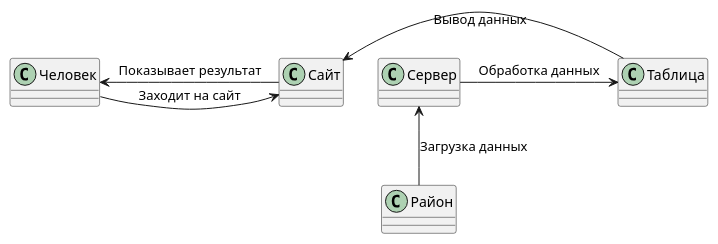
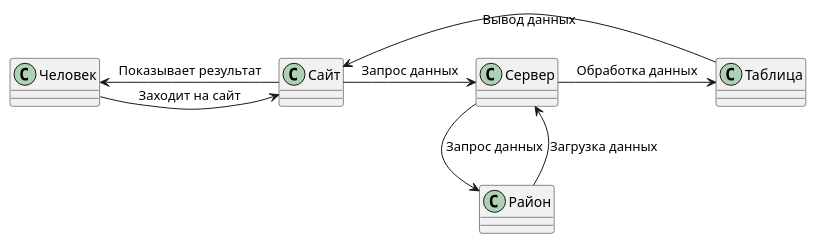
One commit to Fantichoop/Dashboard changed the diagram in Doc/UML/UML1.md. Above: the diagram before and after it, drawn with PlantUML.

Commit message:
Замена

```diff
--- a/Doc/UML/UML1.md
+++ b/Doc/UML/UML1.md
@@ -1,15 +1,19 @@
 @startuml
 
 class Сайт
 
-Человек -> Сайт: Заходит на сайт
+Человек -> Сайт: Заходит на сайт 
 
 Сайт -> Человек: Показывает результат
 
 Сайт <- Таблица: Вывод данных
 
 Сервер -> Таблица: Обработка данных
 
+Сайт -> Сервер: Запрос данных
+
+Сервер --> Район: Запрос данных
+
 Сервер <-- Район: Загрузка данных
 
 @enduml
```
